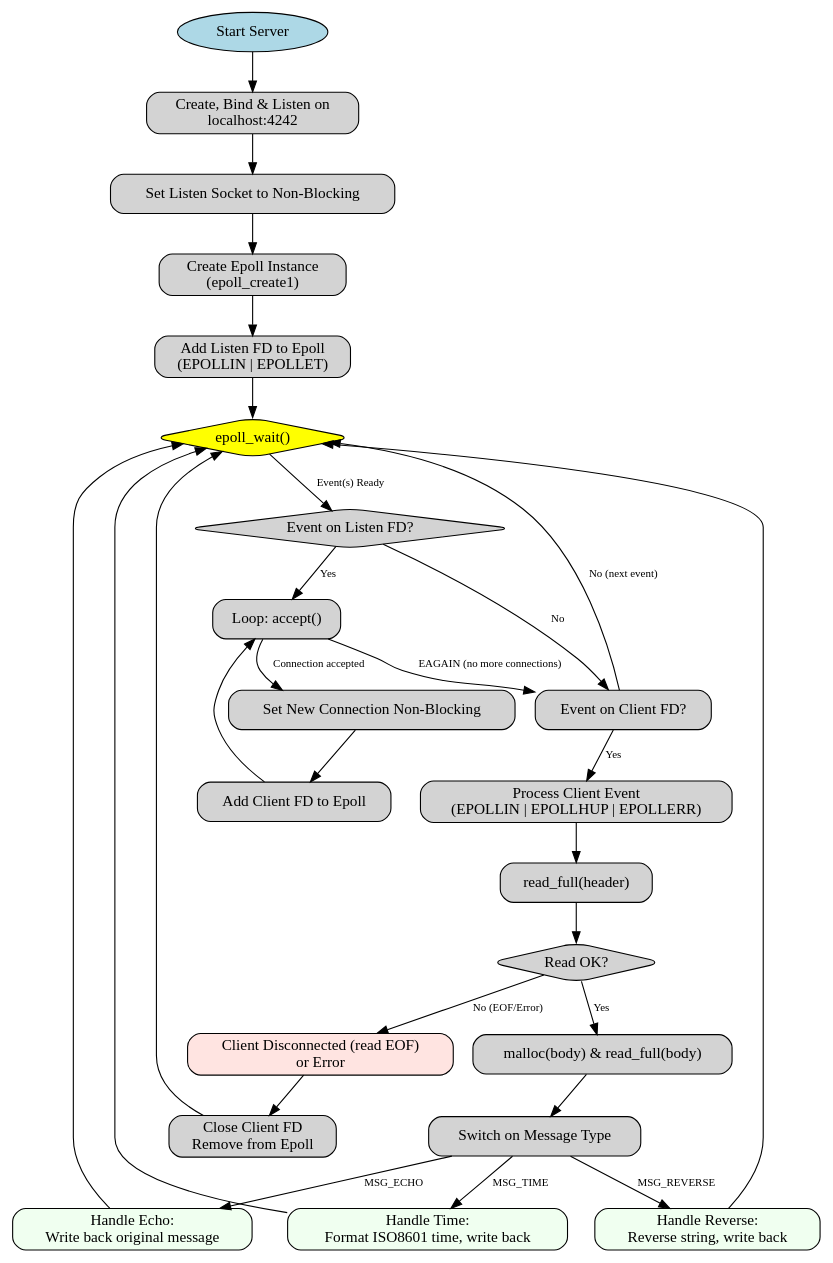
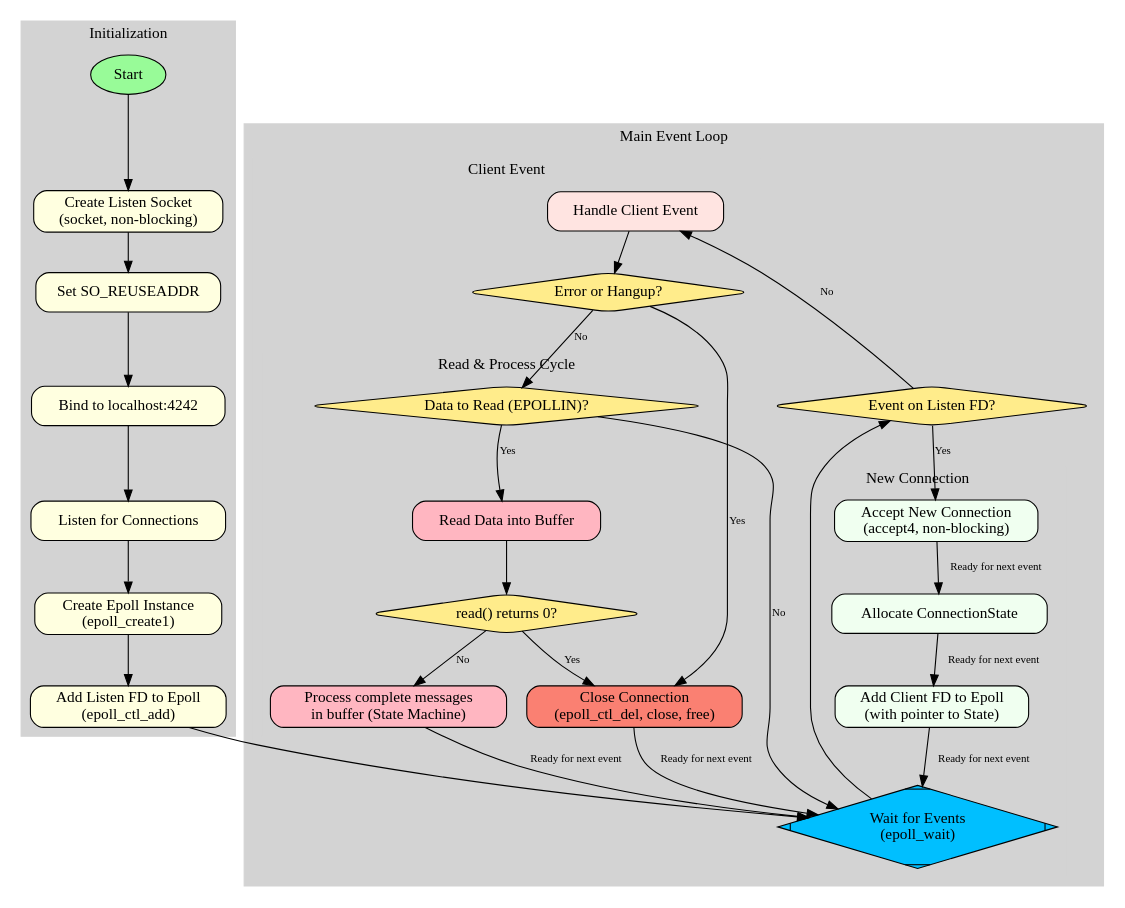
The diagram in prompts/video-0046/server_flow.dot (mgreenly/LPS), drawn with Graphviz before and after one commit. The commit also changed 11 other files, not shown here.

```diff
--- a/prompts/video-0046/server_flow.dot
+++ b/prompts/video-0046/server_flow.dot
@@ -1,72 +1,75 @@
-digraph ServerLogic {
+digraph ServerFlow {
     rankdir=TB;
-    node [shape=box, style="rounded,filled", fillcolor=lightgrey];
+    node [shape=box, style="rounded,filled", fillcolor=lightblue];
     edge [fontsize=10];
 
-    // Nodes
-    start [label="Start Server", shape=ellipse, fillcolor=lightblue];
-    setup_socket [label="Create, Bind & Listen on\nlocalhost:4242"];
-    set_nonblocking [label="Set Listen Socket to Non-Blocking"];
-    create_epoll [label="Create Epoll Instance\n(epoll_create1)"];
-    add_listen_fd [label="Add Listen FD to Epoll\n(EPOLLIN | EPOLLET)"];
-    epoll_loop [label="epoll_wait()", shape=diamond, fillcolor=yellow];
+    subgraph cluster_init {
+        label="Initialization";
+        style="filled";
+        color="lightgrey";
+        node [fillcolor=lightyellow];
+        start [label="Start", shape=ellipse, fillcolor=palegreen];
+        create_socket [label="Create Listen Socket\n(socket, non-blocking)"];
+        set_reuse [label="Set SO_REUSEADDR"];
+        bind_port [label="Bind to localhost:4242"];
+        listen_conn [label="Listen for Connections"];
+        create_epoll [label="Create Epoll Instance\n(epoll_create1)"];
+        add_listen_fd [label="Add Listen FD to Epoll\n(epoll_ctl_add)"];
+        start -> create_socket -> set_reuse -> bind_port -> listen_conn -> create_epoll -> add_listen_fd;
+    }
 
-    event_is_listen [label="Event on Listen FD?", shape=diamond];
-    accept_loop [label="Loop: accept()"];
-    set_conn_nonblocking [label="Set New Connection Non-Blocking"];
-    add_client_fd [label="Add Client FD to Epoll"];
+    subgraph cluster_loop {
+        label="Main Event Loop";
+        style="filled";
+        color="lightgrey";
+        node [fillcolor=lightcyan];
+        
+        epoll_wait [label="Wait for Events\n(epoll_wait)", shape= Mdiamond, fillcolor=deepskyblue];
+        event_is_listen [label="Event on Listen FD?", shape=diamond, fillcolor=lightgoldenrod1];
+        
+        subgraph cluster_accept {
+            label="New Connection";
+            node [fillcolor=honeydew];
+            accept_conn [label="Accept New Connection\n(accept4, non-blocking)"];
+            create_state [label="Allocate ConnectionState"];
+            add_client_fd [label="Add Client FD to Epoll\n(with pointer to State)"];
+            accept_conn -> create_state -> add_client_fd -> epoll_wait [label="Ready for next event"];
+        }
+        
+        subgraph cluster_client_event {
+            label="Client Event";
+            node [fillcolor=mistyrose];
 
-    event_is_client [label="Event on Client FD?"];
-    process_event [label="Process Client Event\n(EPOLLIN | EPOLLHUP | EPOLLERR)"];
-    read_header [label="read_full(header)"];
+            handle_event [label="Handle Client Event"];
+            is_error_hup [label="Error or Hangup?", shape=diamond, fillcolor=lightgoldenrod1];
+            is_readable [label="Data to Read (EPOLLIN)?", shape=diamond, fillcolor=lightgoldenrod1];
+            close_conn [label="Close Connection\n(epoll_ctl_del, close, free)", fillcolor=salmon];
+
+            handle_event -> is_error_hup;
+            is_error_hup -> close_conn [label="Yes"];
+            is_error_hup -> is_readable [label="No"];
+            
+            subgraph cluster_read_process {
+                label="Read & Process Cycle";
+                node [fillcolor=lightpink];
+                read_data [label="Read Data into Buffer"];
+                is_closed [label="read() returns 0?", shape=diamond, fillcolor=lightgoldenrod1];
+                process_buffer [label="Process complete messages\nin buffer (State Machine)"];
+                
+                is_readable -> read_data [label="Yes"];
+                read_data -> is_closed;
+                is_closed -> close_conn [label="Yes"];
+                is_closed -> process_buffer [label="No"];
+                process_buffer -> epoll_wait [label="Ready for next event"];
+                is_readable -> epoll_wait [label="No"];
+            }
+        }
+        
+        epoll_wait -> event_is_listen;
+        event_is_listen -> accept_conn [label="Yes"];
+        event_is_listen -> handle_event [label="No"];
+        close_conn -> epoll_wait [label="Ready for next event"];
+    }
     
-    read_ok [label="Read OK?", shape=diamond];
-    
-    read_body [label="malloc(body) & read_full(body)"];
-    
-    process_message [label="Switch on Message Type"];
-    
-    handle_echo [label="Handle Echo:\nWrite back original message", fillcolor=honeydew];
-    handle_reverse [label="Handle Reverse:\nReverse string, write back", fillcolor=honeydew];
-    handle_time [label="Handle Time:\nFormat ISO8601 time, write back", fillcolor=honeydew];
-    
-    client_closed [label="Client Disconnected (read EOF)\nor Error", fillcolor=mistyrose];
-    close_fd [label="Close Client FD\nRemove from Epoll"];
-
-    // Flow
-    start -> setup_socket;
-    setup_socket -> set_nonblocking;
-    set_nonblocking -> create_epoll;
-    create_epoll -> add_listen_fd;
-    add_listen_fd -> epoll_loop;
-
-    epoll_loop -> event_is_listen [label="Event(s) Ready"];
-    event_is_listen -> accept_loop [label="Yes"];
-    event_is_listen -> event_is_client [label="No"];
-    
-    accept_loop -> set_conn_nonblocking [label="Connection accepted"];
-    accept_loop -> event_is_client [label="EAGAIN (no more connections)"];
-    set_conn_nonblocking -> add_client_fd;
-    add_client_fd -> accept_loop; // Loop for more accepts
-
-    event_is_client -> process_event [label="Yes"];
-    event_is_client -> epoll_loop [label="No (next event)"];
-    
-    process_event -> read_header;
-    read_header -> read_ok;
-    
-    read_ok -> read_body [label="Yes"];
-    read_ok -> client_closed [label="No (EOF/Error)"];
-    
-    read_body -> process_message;
-    process_message -> handle_echo [label="MSG_ECHO"];
-    process_message -> handle_reverse [label="MSG_REVERSE"];
-    process_message -> handle_time [label="MSG_TIME"];
-    
-    handle_echo -> epoll_loop;
-    handle_reverse -> epoll_loop;
-    handle_time -> epoll_loop;
-    
-    client_closed -> close_fd;
-    close_fd -> epoll_loop;
+    add_listen_fd -> epoll_wait [lhead=cluster_loop];
 }
```
